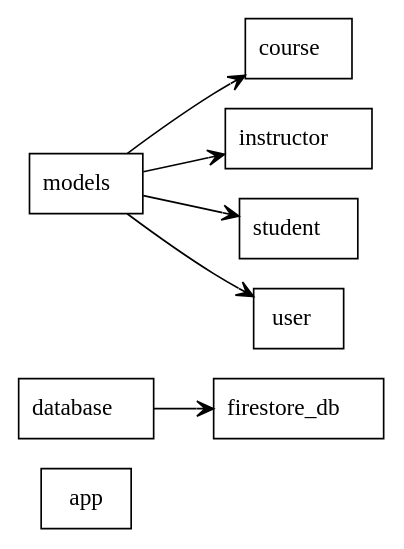
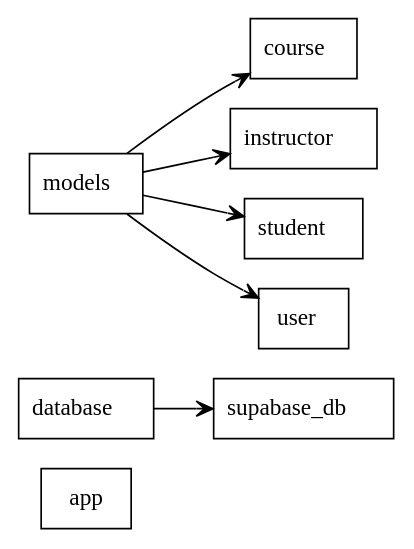
Before and after one commit to belloumi79/elearning_platform: the diagram in packages_elearning.dot, drawn with Graphviz. The commit also changed 21 other files, not shown here.

```diff
--- a/packages_elearning.dot
+++ b/packages_elearning.dot
@@ -1,18 +1,18 @@
 digraph "packages_elearning" {
 size="20,20"
 rankdir=LR
 charset="utf-8"
 "app" [color="black", label=<app>, shape="box", style="solid"];
 "app.database" [color="black", label=<database>, shape="box", style="solid"];
-"app.database.firestore_db" [color="black", label=<firestore_db>, shape="box", style="solid"];
+"app.database.supabase_db" [color="black", label=<supabase_db>, shape="box", style="solid"];
 "app.models" [color="black", label=<models>, shape="box", style="solid"];
 "app.models.course" [color="black", label=<course>, shape="box", style="solid"];
 "app.models.instructor" [color="black", label=<instructor>, shape="box", style="solid"];
 "app.models.student" [color="black", label=<student>, shape="box", style="solid"];
 "app.models.user" [color="black", label=<user>, shape="box", style="solid"];
-"app.database" -> "app.database.firestore_db" [arrowhead="open", arrowtail="none"];
+"app.database" -> "app.database.supabase_db" [arrowhead="open", arrowtail="none"];
 "app.models" -> "app.models.course" [arrowhead="open", arrowtail="none"];
 "app.models" -> "app.models.instructor" [arrowhead="open", arrowtail="none"];
 "app.models" -> "app.models.student" [arrowhead="open", arrowtail="none"];
 "app.models" -> "app.models.user" [arrowhead="open", arrowtail="none"];
 }
```
